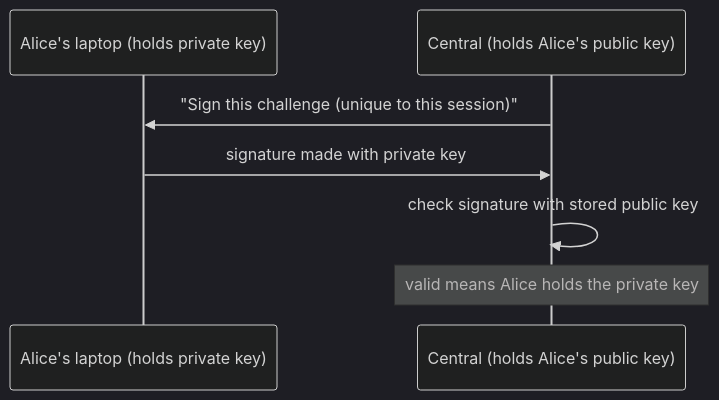
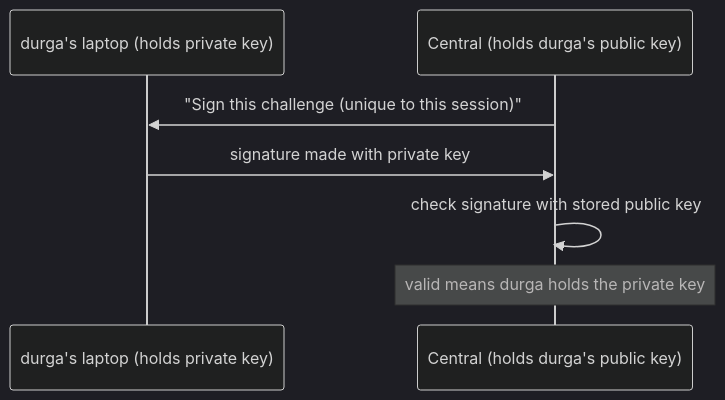
One commit to mirastacklabs-ai/mirafleet changed the first of 5 diagrams in docs/guide/02-background.md. Above: the diagram before and after it, drawn with Mermaid (dark theme). The commit also changed other lines of this file and 29 other files, not shown here.

````diff
--- a/docs/guide/02-background.md
+++ b/docs/guide/02-background.md
@@ -50,9 +50,9 @@
 ```mermaid
 sequenceDiagram
-    participant A as Alice's laptop (holds private key)
-    participant C as Central (holds Alice's public key)
+    participant A as durga's laptop (holds private key)
+    participant C as Central (holds durga's public key)
     C->>A: "Sign this challenge (unique to this session)"
     A->>C: signature made with private key
     C->>C: check signature with stored public key
-    Note over C: valid means Alice holds the private key
+    Note over C: valid means durga holds the private key
 ```
````
